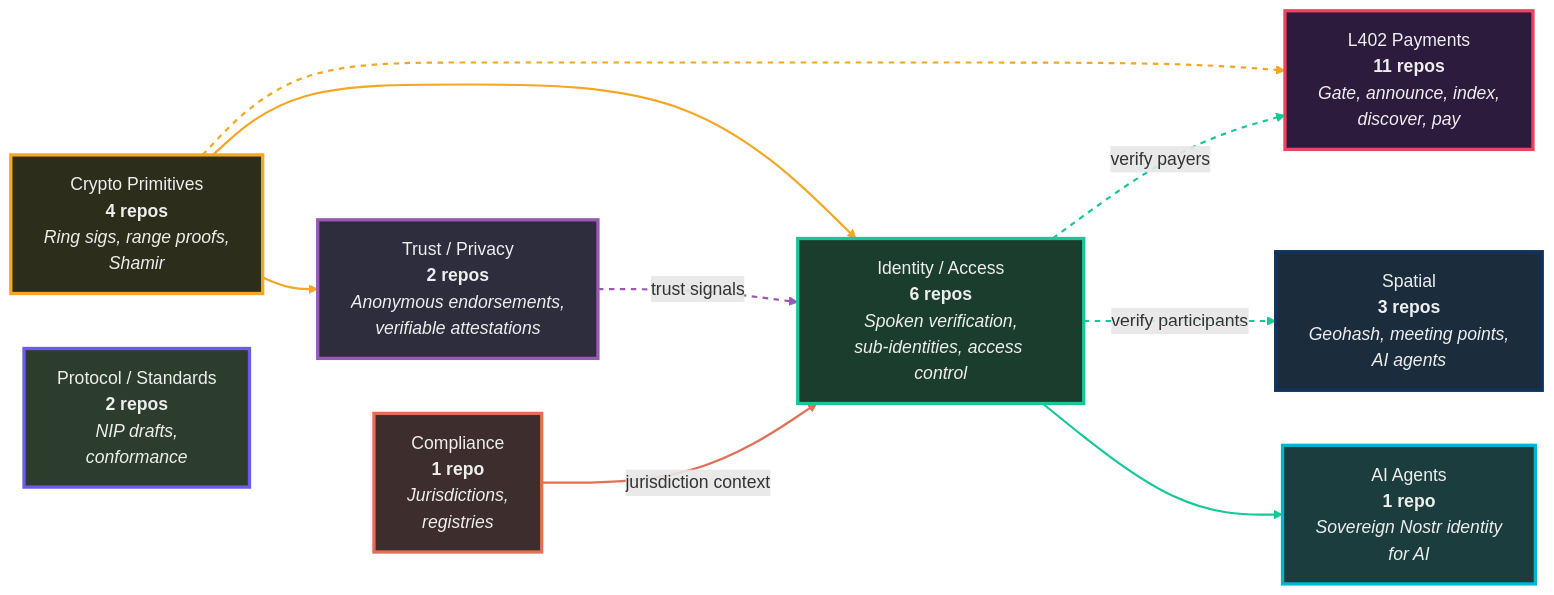
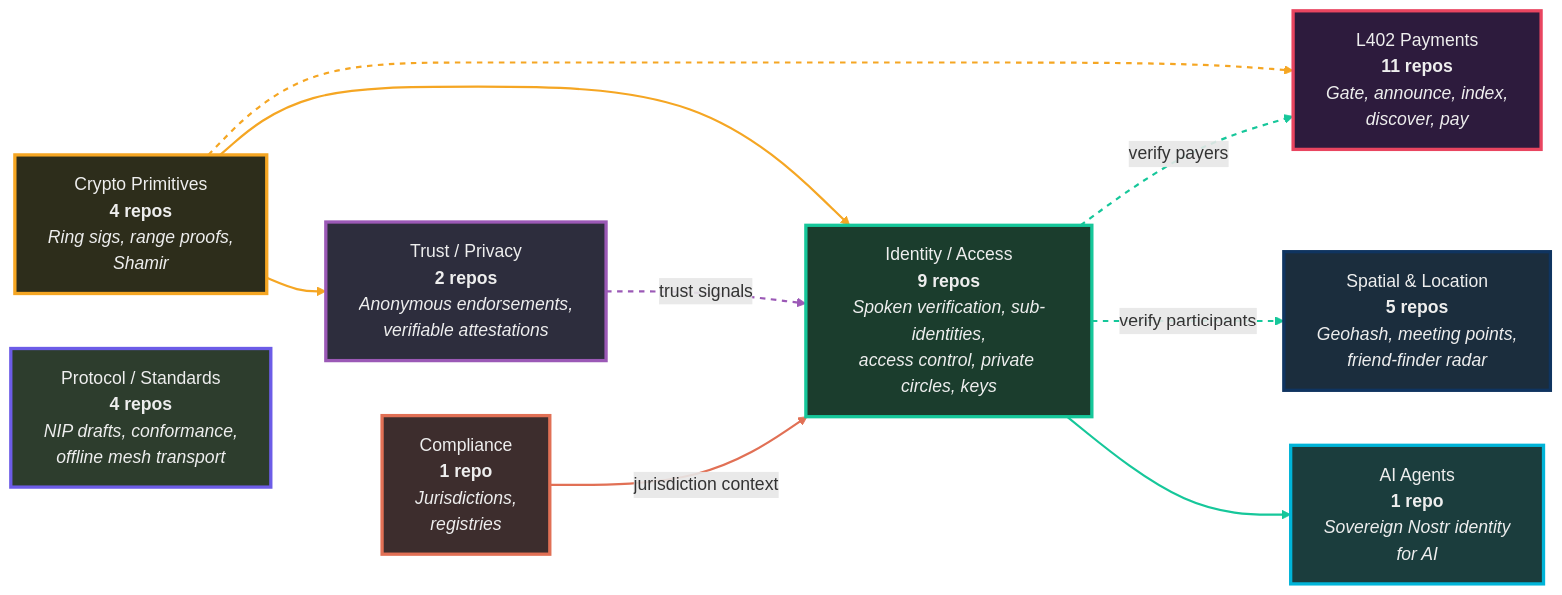
One commit to forgesworn/.github changed the second of 2 diagrams in docs/ecosystem-overview.md. Above: the diagram before and after it, drawn with Mermaid. The commit also changed other lines of this file, not shown here.

````diff
--- a/docs/ecosystem-overview.md
+++ b/docs/ecosystem-overview.md
@@ -125,42 +139,42 @@
 ```mermaid
 graph LR
     PAY["L402 Payments<br/><b>11 repos</b><br/><i>Gate, announce, index,<br/>discover, pay</i>"]
-    SPA["Spatial<br/><b>3 repos</b><br/><i>Geohash, meeting points,<br/>AI agents</i>"]
-    IDN["Identity / Access<br/><b>6 repos</b><br/><i>Spoken verification,<br/>sub-identities, access control</i>"]
+    SPA["Spatial & Location<br/><b>5 repos</b><br/><i>Geohash, meeting points,<br/>friend-finder radar</i>"]
+    IDN["Identity / Access<br/><b>9 repos</b><br/><i>Spoken verification, sub-identities,<br/>access control, private circles, keys</i>"]
     AGT["AI Agents<br/><b>1 repo</b><br/><i>Sovereign Nostr identity<br/>for AI</i>"]
     TRU["Trust / Privacy<br/><b>2 repos</b><br/><i>Anonymous endorsements,<br/>verifiable attestations</i>"]
     FND["Crypto Primitives<br/><b>4 repos</b><br/><i>Ring sigs, range proofs,<br/>Shamir</i>"]
     CMP["Compliance<br/><b>1 repo</b><br/><i>Jurisdictions,<br/>registries</i>"]
-    PRT["Protocol / Standards<br/><b>2 repos</b><br/><i>NIP drafts,<br/>conformance</i>"]
+    PRT["Protocol / Standards<br/><b>4 repos</b><br/><i>NIP drafts, conformance,<br/>offline mesh transport</i>"]
 
     FND --> IDN
     FND --> TRU
     FND -.-> PAY
     IDN -.->|"verify payers"| PAY
     IDN -.->|"verify participants"| SPA
     IDN --> AGT
     TRU -.->|"trust signals"| IDN
     CMP -->|"jurisdiction context"| IDN
 
     click PAY "l402-pipeline.md" _blank
     click IDN "identity-stack.md" _blank
     click FND "identity-stack.md" _blank
 
     style PAY fill:#2d1b3d,stroke:#e94560,color:#eee,stroke-width:3px
     style SPA fill:#1b2d3d,stroke:#0f3460,color:#eee,stroke-width:3px
     style IDN fill:#1b3d2d,stroke:#16c79a,color:#eee,stroke-width:3px
     style AGT fill:#1b3d3d,stroke:#00b4d8,color:#eee,stroke-width:3px
     style TRU fill:#2d2d3d,stroke:#9b59b6,color:#eee,stroke-width:3px
     style FND fill:#2d2d1b,stroke:#f5a623,color:#eee,stroke-width:3px
     style CMP fill:#3d2d2d,stroke:#e17055,color:#eee,stroke-width:3px
     style PRT fill:#2d3d2d,stroke:#6c5ce7,color:#eee,stroke-width:3px
 
     linkStyle 0 stroke:#f5a623,stroke-width:2px
     linkStyle 1 stroke:#f5a623,stroke-width:2px
     linkStyle 2 stroke:#f5a623,stroke-width:2px,stroke-dasharray:5
     linkStyle 3 stroke:#16c79a,stroke-width:2px,stroke-dasharray:5
     linkStyle 4 stroke:#16c79a,stroke-width:2px,stroke-dasharray:5
     linkStyle 5 stroke:#16c79a,stroke-width:2px
     linkStyle 6 stroke:#9b59b6,stroke-width:2px,stroke-dasharray:5
     linkStyle 7 stroke:#e17055,stroke-width:2px
 ```
````
